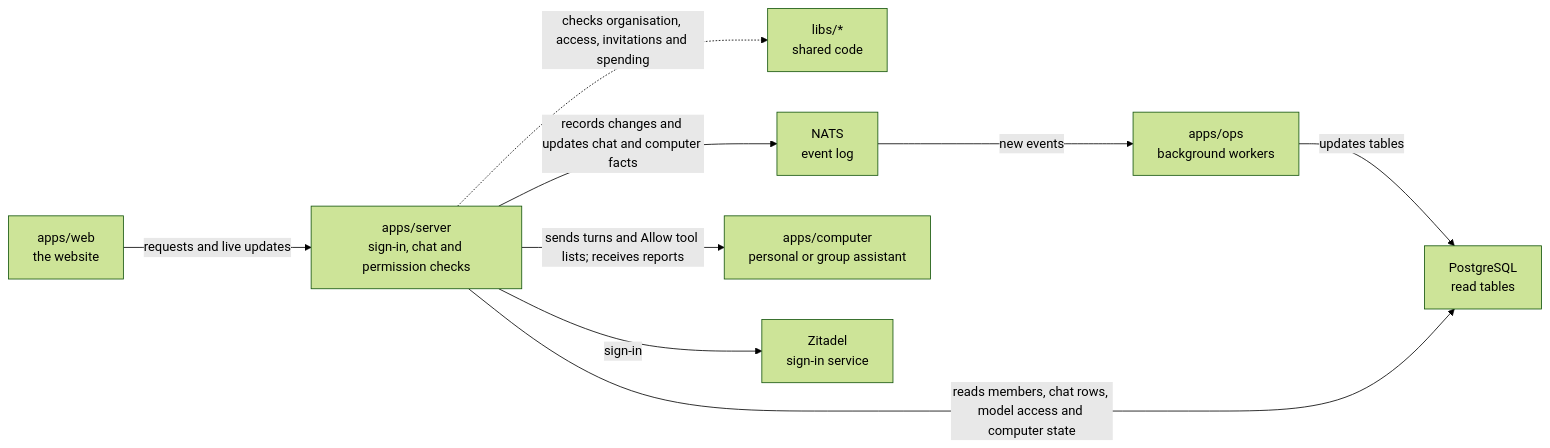
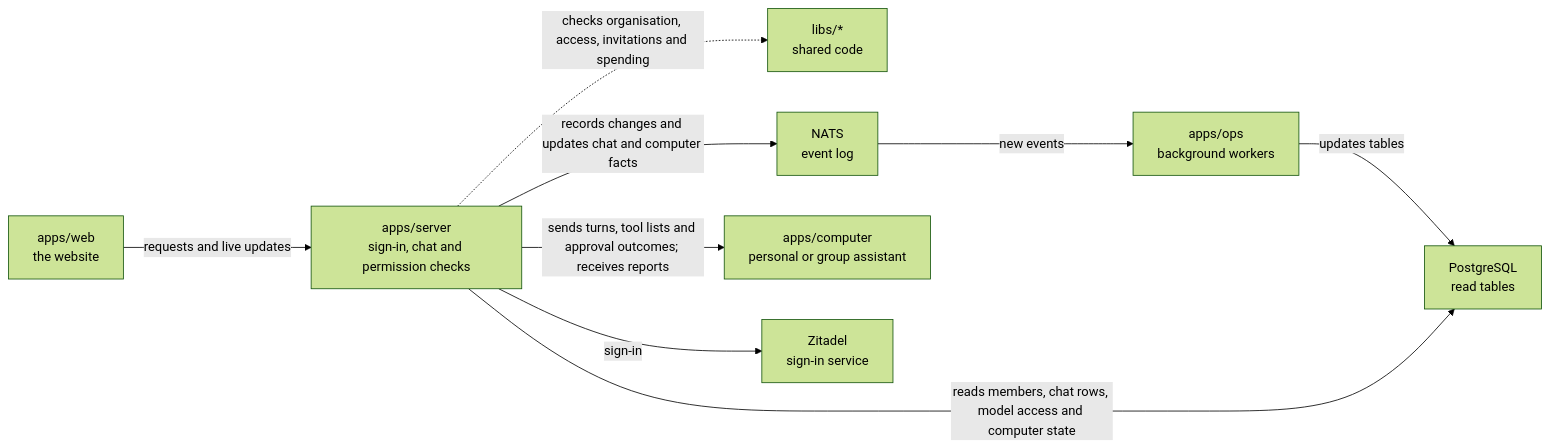
Before and after one commit to elewa-git/opencrane-new: the diagram in apps/server/README.md, drawn with Mermaid (forest theme). The commit also changed other lines of this file and 12 other files, not shown here.

First line of the commit message:
⏳ The server can wake a computer when a person decides on a tool approval (#283) (#283)

````diff
--- a/apps/server/README.md
+++ b/apps/server/README.md
@@ -11,11 +11,11 @@
 ```mermaid
 flowchart LR
   web["apps/web<br/>the website"] -->|requests and live updates| server["apps/server<br/>sign-in, chat and permission checks"]
   server -.->|checks organisation, access, invitations and spending| libs["libs/*<br/>shared code"]
   server -->|records changes and updates chat and computer facts| nats["NATS<br/>event log"]
   nats -->|new events| ops["apps/ops<br/>background workers"]
   ops -->|updates tables| postgres["PostgreSQL<br/>read tables"]
   server -->|reads members, chat rows, model access and computer state| postgres
-  server -->|sends turns and Allow tool lists; receives reports| computer["apps/computer<br/>personal or group assistant"]
+  server -->|sends turns, tool lists and approval outcomes; receives reports| computer["apps/computer<br/>personal or group assistant"]
   server -->|sign-in| zitadel["Zitadel<br/>sign-in service"]
 ```
````
